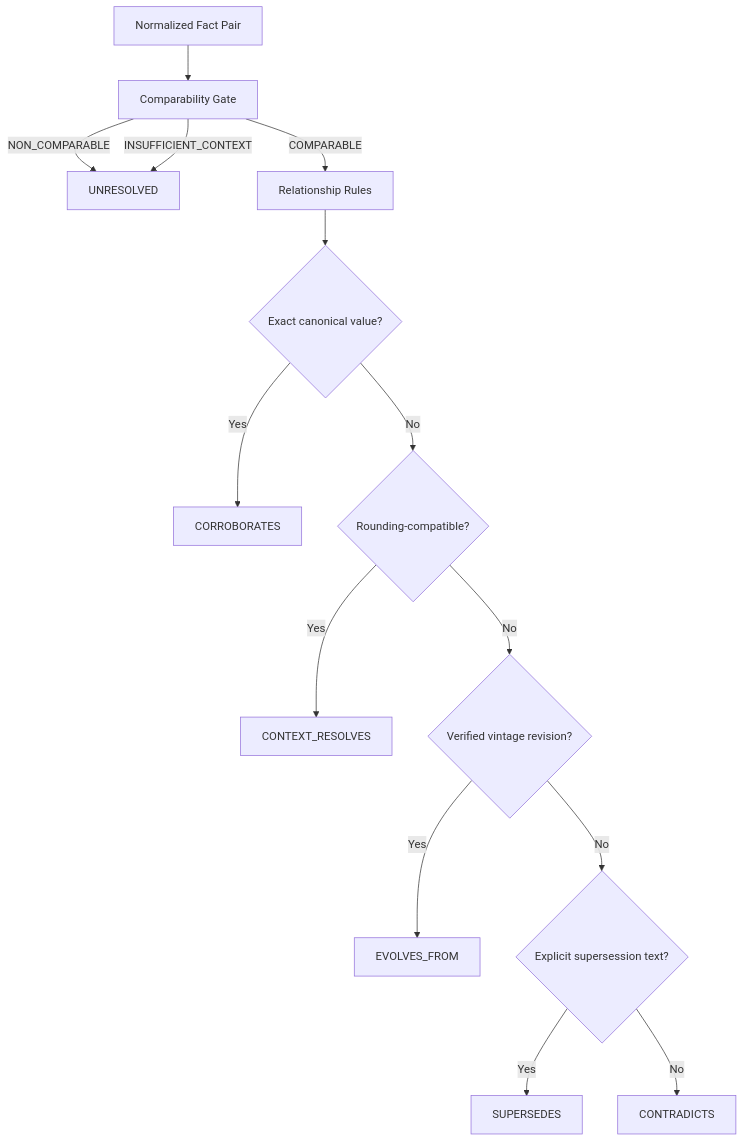
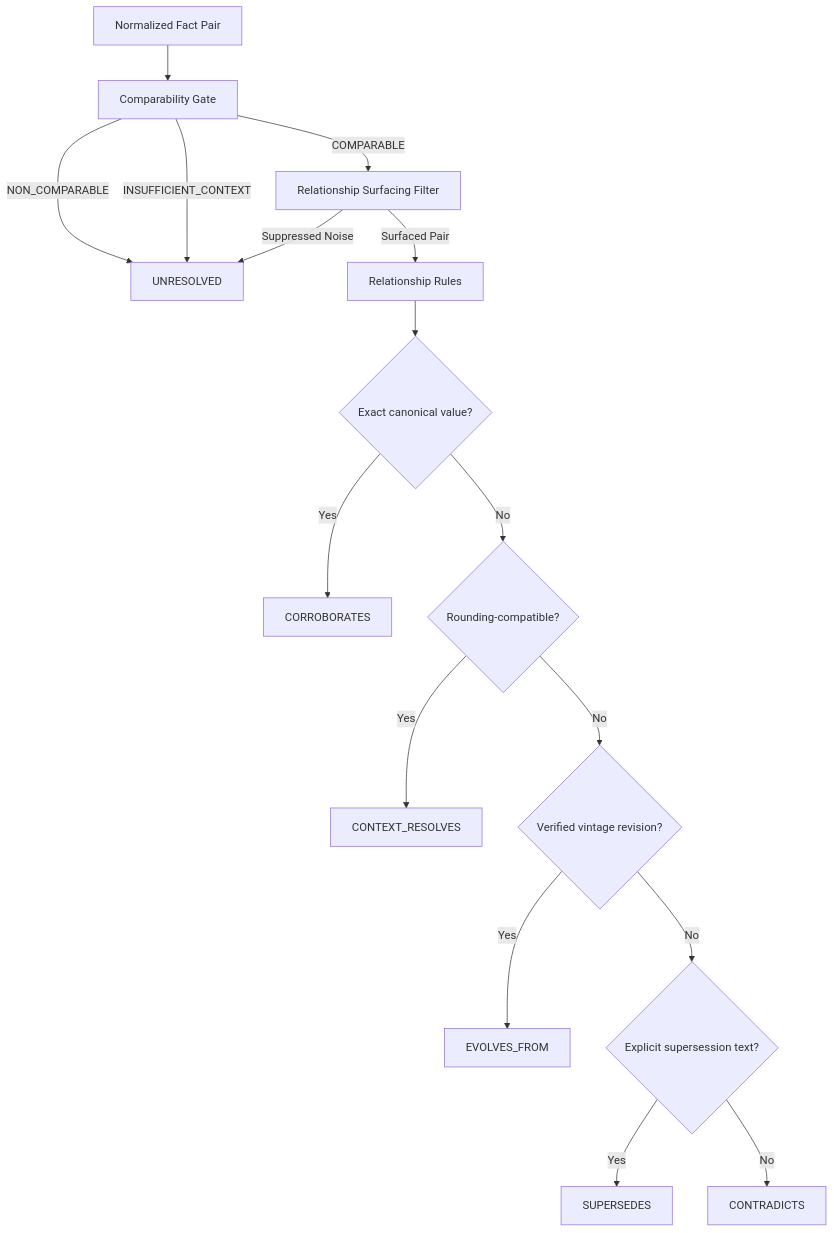
Before and after one commit to VaishnavSreekumar/FACTLINE: the fourth of 5 diagrams in README.md, drawn with Mermaid. The commit also changed other lines of this file and 1 other file, not shown here.

Commit message:
docs: complete final documentation fact-check, update 8 comparability dimensions, PyMuPDF dependency, and validate all 13 Mermaid diagrams

````diff
--- a/README.md
+++ b/README.md
@@ -231,16 +235,18 @@
 ```mermaid
 flowchart TD
     A[Normalized Fact Pair] --> B[Comparability Gate]
     B -->|NON_COMPARABLE| C[UNRESOLVED]
     B -->|INSUFFICIENT_CONTEXT| C
-    B -->|COMPARABLE| D[Relationship Rules]
+    B -->|COMPARABLE| S[Relationship Surfacing Filter]
+    S -->|Suppressed Noise| C
+    S -->|Surfaced Pair| D[Relationship Rules]
     D --> E{Exact canonical value?}
     E -->|Yes| F[CORROBORATES]
     E -->|No| G{Rounding-compatible?}
     G -->|Yes| H[CONTEXT_RESOLVES]
     G -->|No| I{Verified vintage revision?}
     I -->|Yes| J[EVOLVES_FROM]
     I -->|No| K{Explicit supersession text?}
     K -->|Yes| L[SUPERSEDES]
     K -->|No| M[CONTRADICTS]
 ```
````
